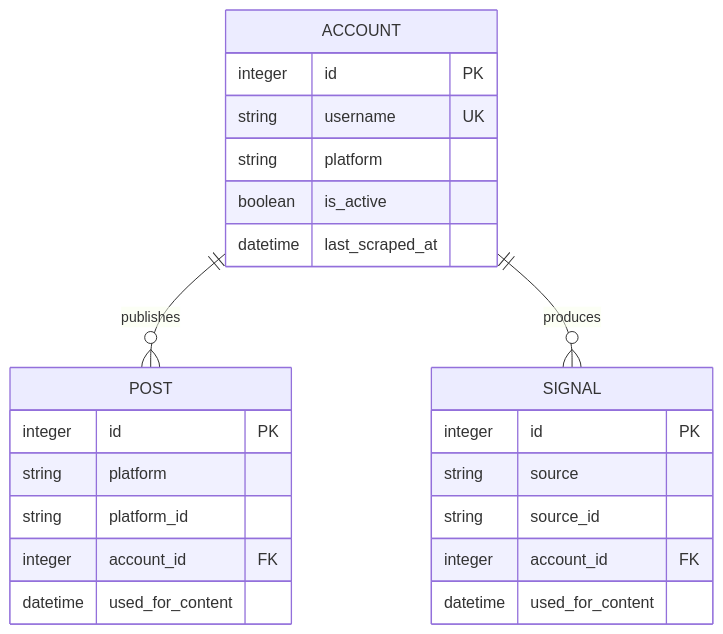
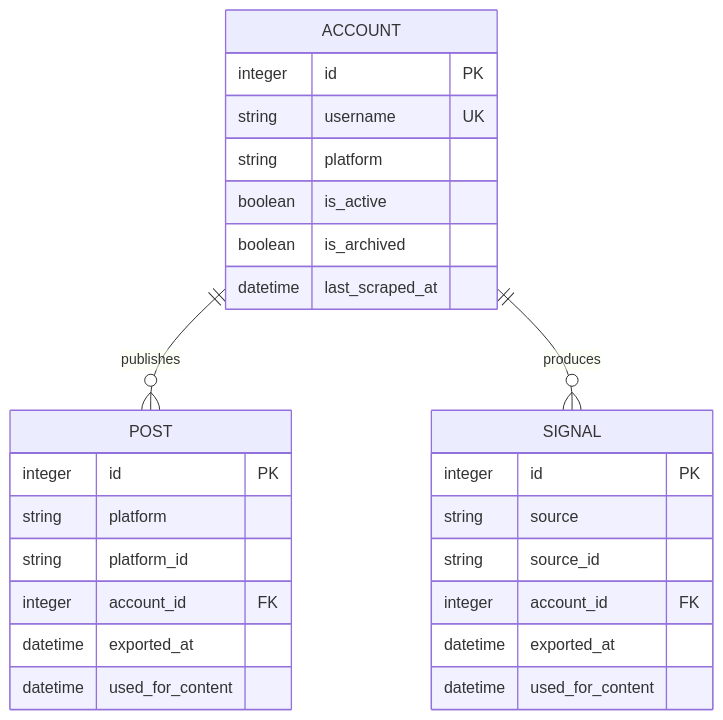
The second of 2 diagrams in docs/ARCHITECTURE.md (SamuiRo/EANyra), drawn with Mermaid before and after one commit. The commit also changed other lines of this file and 18 other files, not shown here.

````diff
--- a/docs/ARCHITECTURE.md
+++ b/docs/ARCHITECTURE.md
@@ -244,26 +246,29 @@
 ```mermaid
 erDiagram
     ACCOUNT ||--o{ POST : publishes
     ACCOUNT ||--o{ SIGNAL : produces
     ACCOUNT {
       integer id PK
       string username UK
       string platform
       boolean is_active
+      boolean is_archived
       datetime last_scraped_at
     }
     POST {
       integer id PK
       string platform
       string platform_id
       integer account_id FK
+      datetime exported_at
       datetime used_for_content
     }
     SIGNAL {
       integer id PK
       string source
       string source_id
       integer account_id FK
+      datetime exported_at
       datetime used_for_content
     }
 ```
````
